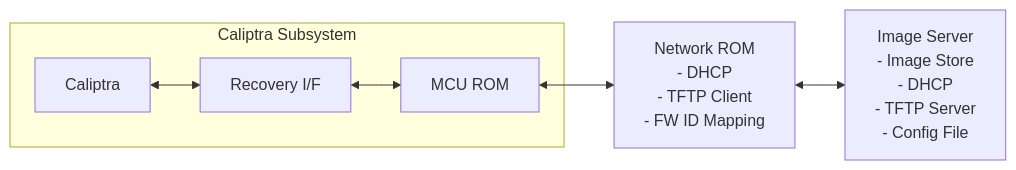
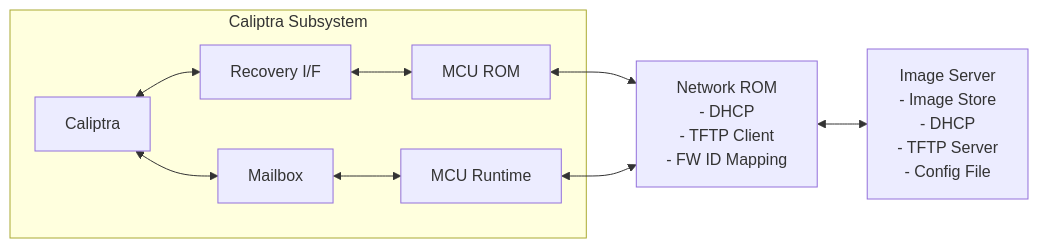
Before and after one commit to chipsalliance/caliptra-mcu-sw: the first of 4 diagrams in docs/src/network_boot.md, drawn with Mermaid. The commit also changed other lines of this file, not shown here.

Commit message:
Add support for MCU RT image loading

````diff
--- a/docs/src/network_boot.md
+++ b/docs/src/network_boot.md
@@ -30,14 +30,19 @@
 ```mermaid
 flowchart LR
     subgraph Caliptra_Subsystem["Caliptra Subsystem"]
         Caliptra["Caliptra"]
         RecoveryIF["Recovery I/F"]
         MCU_ROM["MCU ROM"]
+        Mailbox["Mailbox"]
+        MCU_RT["MCU Runtime"]
 
         Caliptra <--> RecoveryIF
         RecoveryIF <--> MCU_ROM
+        Caliptra <--> Mailbox
+        Mailbox <--> MCU_RT
     end
 
     MCU_ROM <--> Network_ROM["Network ROM<br/>- DHCP<br/>- TFTP Client<br/>- FW ID Mapping"]
+    MCU_RT <--> Network_ROM
     Network_ROM <--> Image_Server["Image Server<br/>- Image Store<br/>- DHCP<br/>- TFTP Server<br/>- Config File"]
 ```
````
